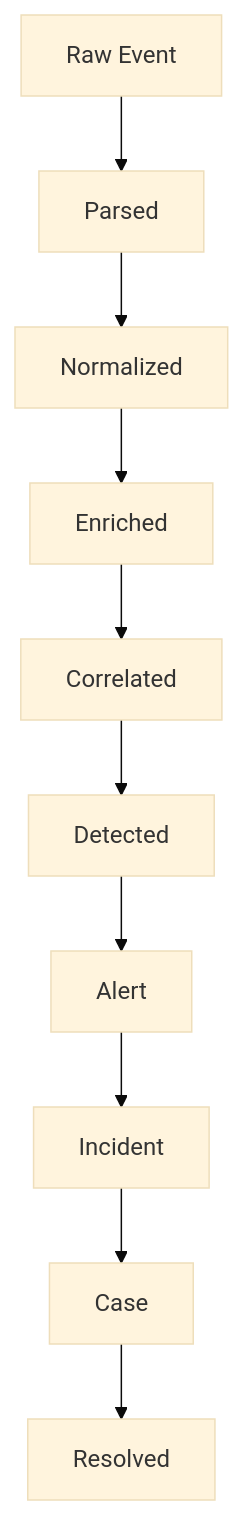
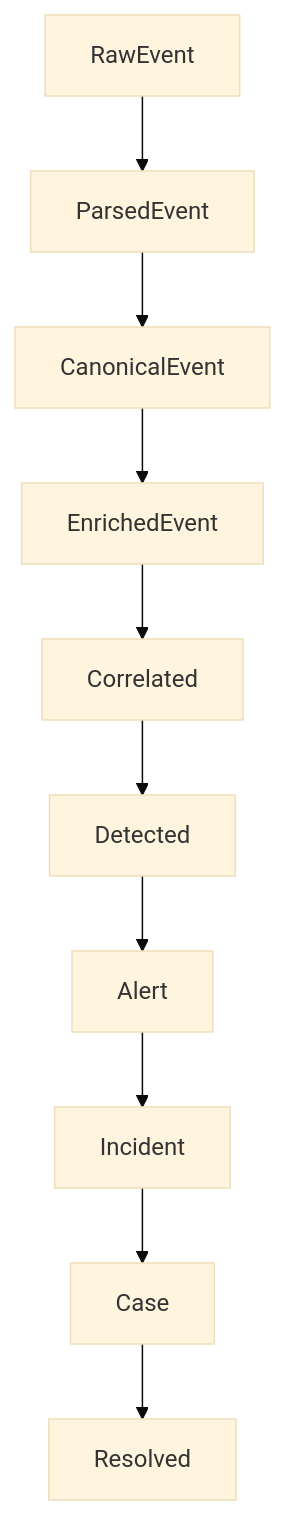
Before and after one commit to EDY075/EDYSIEM: the second of 7 diagrams in docs/DOMAIN_MODEL.md, drawn with Mermaid (base theme). The commit also changed other lines of this file and 42 other files, not shown here.

````diff
--- a/docs/DOMAIN_MODEL.md
+++ b/docs/DOMAIN_MODEL.md
@@ -136,12 +140,12 @@
 ```mermaid
 flowchart TD
-    RAW[Raw Event] --> PARSED[Parsed]
-    PARSED --> NORM[Normalized]
-    NORM --> ENR[Enriched]
+    RAW[RawEvent] --> PARSED[ParsedEvent]
+    PARSED --> NORM[CanonicalEvent]
+    NORM --> ENR[EnrichedEvent]
     ENR --> CORR[Correlated]
     CORR --> DET[Detected]
     DET --> ALERT[Alert]
     ALERT --> INC[Incident]
     INC --> CASE[Case]
     CASE --> RES[Resolved]
 ```
````
